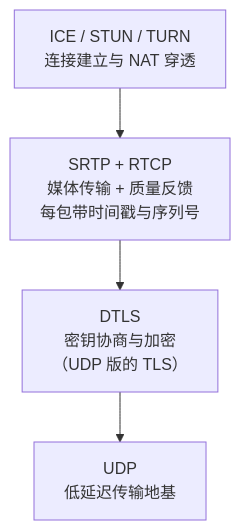
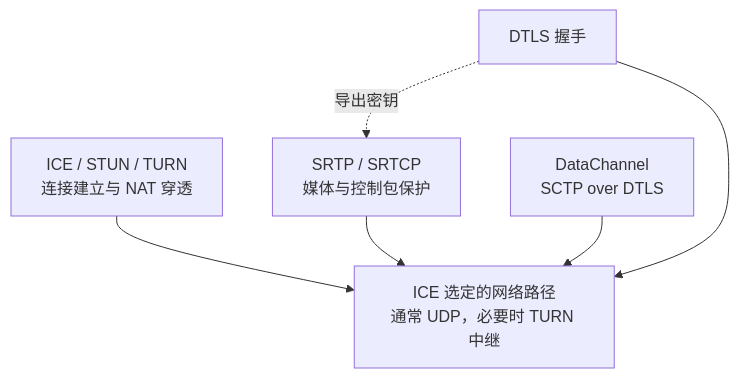
One commit to oneleaveknowsthefall/awesome-ai-roadmap changed the third of 5 diagrams in docs/tools/05-transport-gateway/13-sse-websocket-webrtc.md. Above: the diagram before and after it, drawn with Mermaid. The commit also changed other lines of this file and 50 other files, not shown here.

````diff
--- a/docs/tools/05-transport-gateway/13-sse-websocket-webrtc.md
+++ b/docs/tools/05-transport-gateway/13-sse-websocket-webrtc.md
@@ -184,11 +190,13 @@
 ```mermaid
 flowchart TB
     ICE["ICE / STUN / TURN<br/>连接建立与 NAT 穿透"]
-    SRTP["SRTP + RTCP<br/>媒体传输 + 质量反馈<br/>每包带时间戳与序列号"]
-    DTLS["DTLS<br/>密钥协商与加密<br/>（UDP 版的 TLS）"]
-    UDP["UDP<br/>低延迟传输地基"]
-
-    ICE --> SRTP
-    SRTP --> DTLS
-    DTLS --> UDP
+    SRTP["SRTP / SRTCP<br/>媒体与控制包保护"]
+    DTLS["DTLS 握手"]
+    DATA["DataChannel<br/>SCTP over DTLS"]
+    PATH["ICE 选定的网络路径<br/>通常 UDP，必要时 TURN 中继"]
+    ICE --> PATH
+    DTLS -.导出密钥.-> SRTP
+    SRTP --> PATH
+    DATA --> PATH
+    DTLS --> PATH
 ```
````
